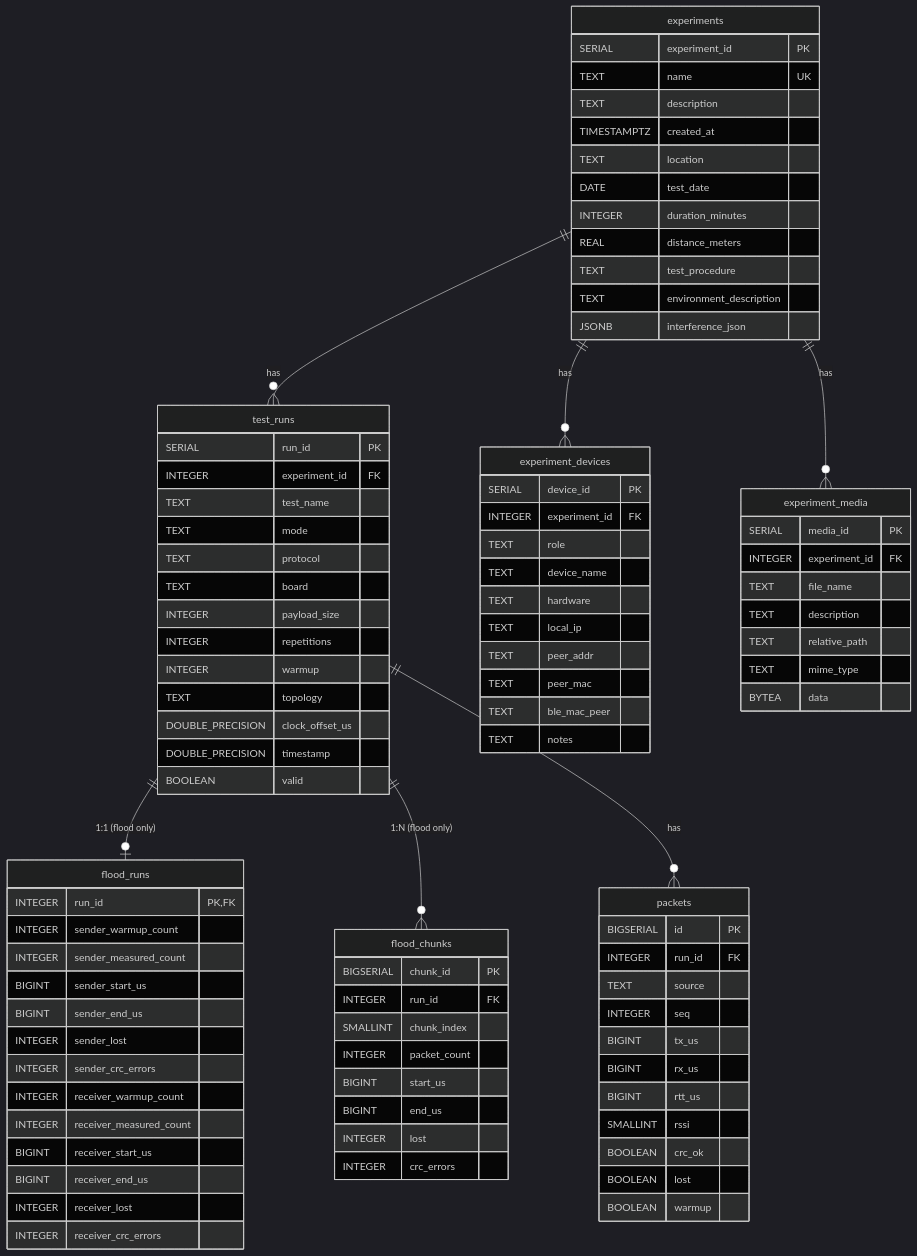
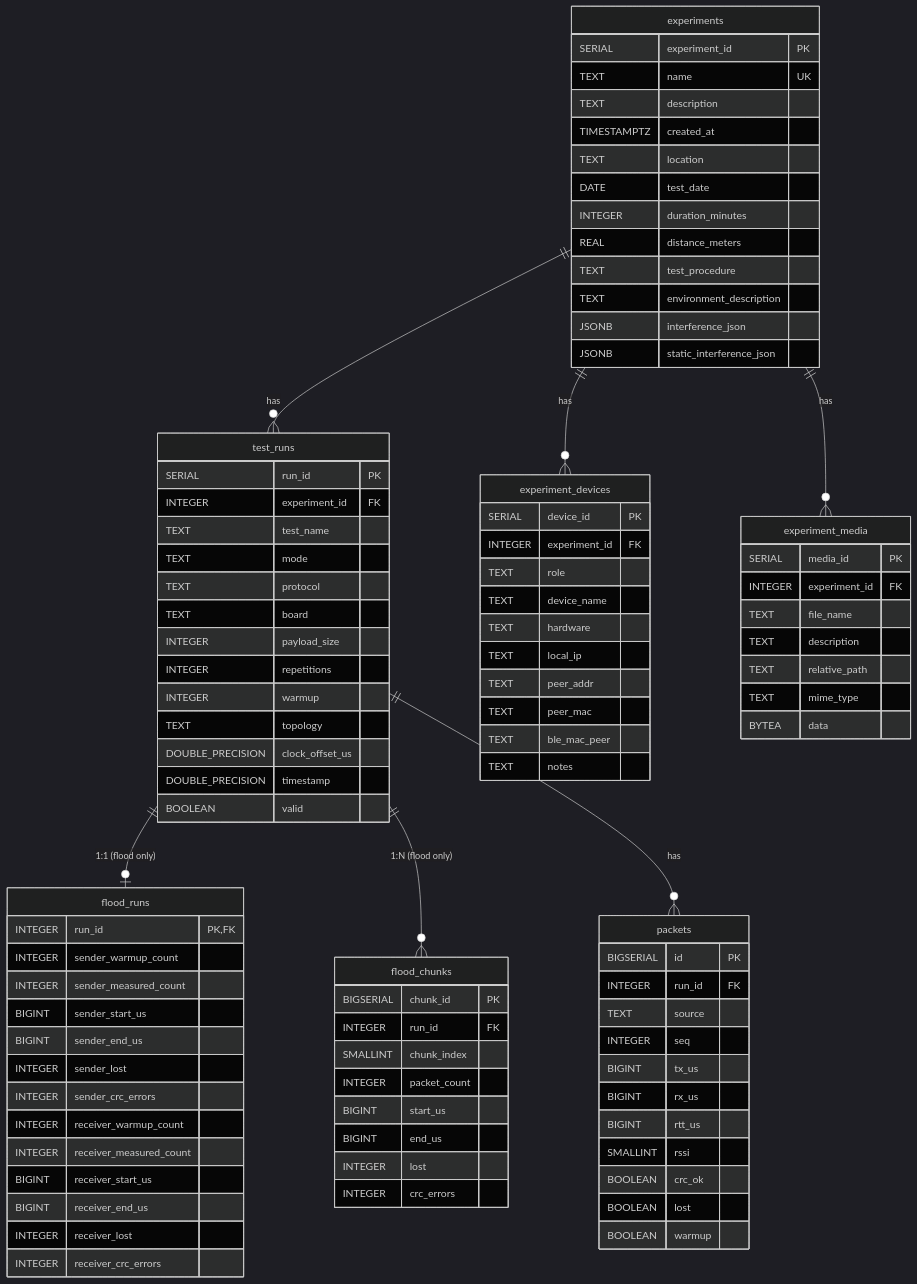
The diagram in cpcbf/analysis/README.md (tratom/CPCBF), drawn with Mermaid (dark theme) before and after one commit. The commit also changed 23 other files, not shown here.

```diff
--- a/cpcbf/analysis/README.md
+++ b/cpcbf/analysis/README.md
@@ -162,6 +162,7 @@
         TEXT test_procedure
         TEXT environment_description
         JSONB interference_json
+        JSONB static_interference_json
     }
 
     test_runs {
```
